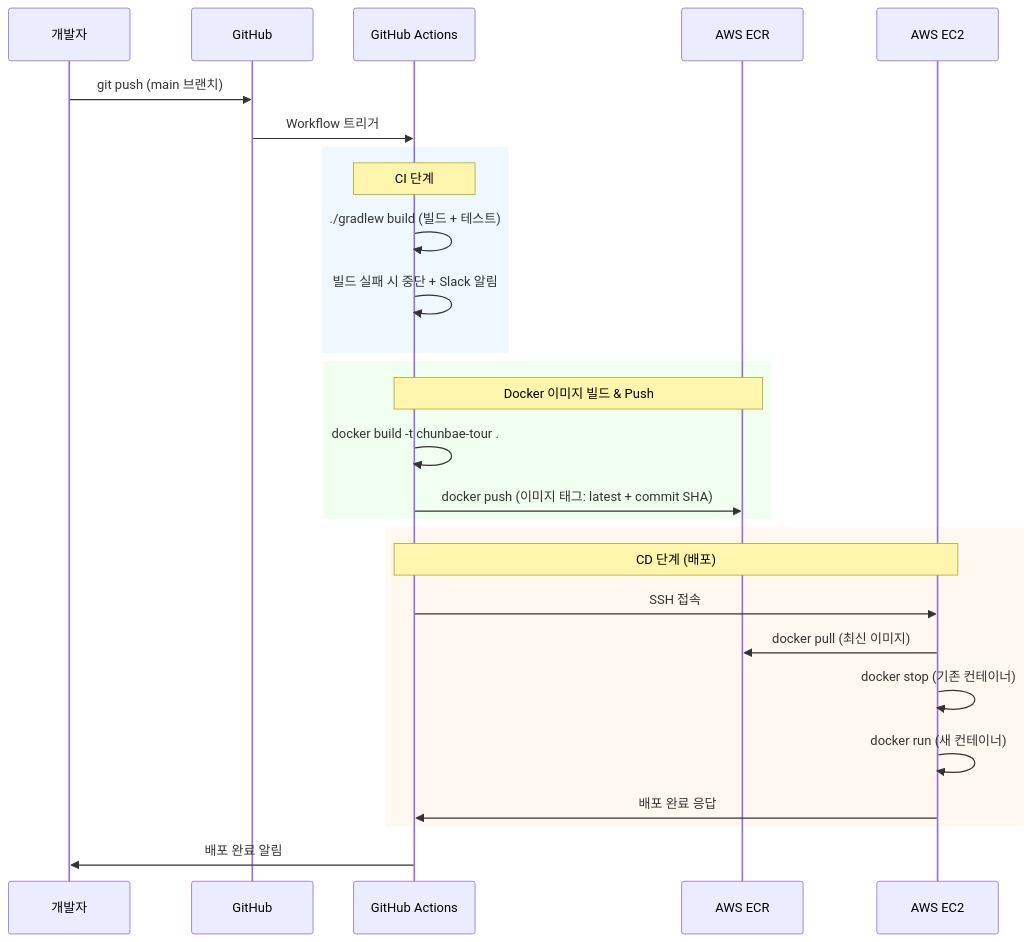
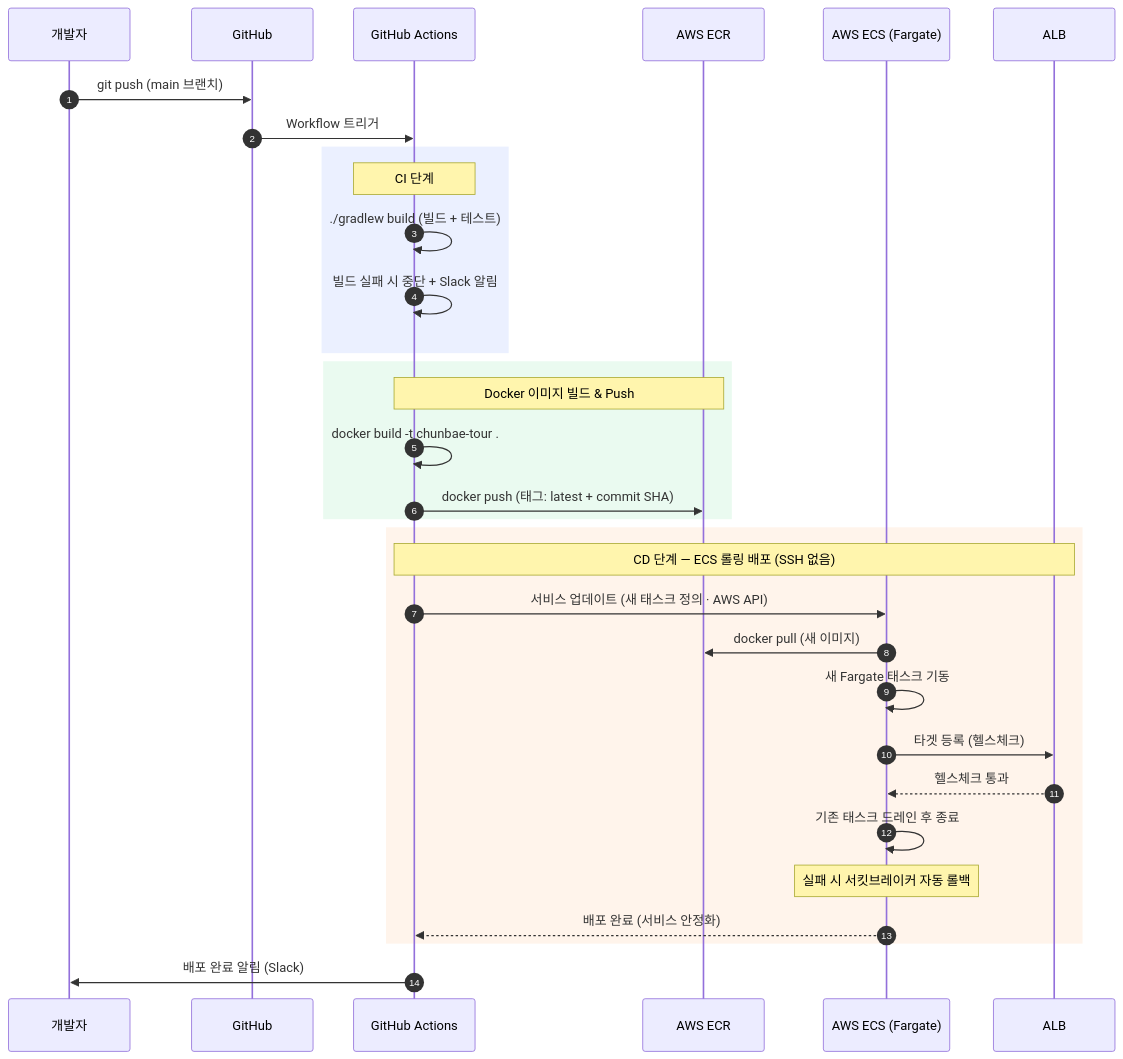
The third of 6 diagrams in v2/07_인프라_아키텍처_다이어그램.md (chunbae-tour/docs), drawn with Mermaid before and after one commit. The commit also changed other lines of this file, not shown here.

````diff
--- a/v2/07_인프라_아키텍처_다이어그램.md
+++ b/v2/07_인프라_아키텍처_다이어그램.md
@@ -157,34 +121,39 @@
 ```mermaid
 sequenceDiagram
-    participant DEV as 개발자
+    autonumber
+    participant Dev as 개발자
     participant GH as GitHub
     participant GA as GitHub Actions
     participant ECR as AWS ECR
-    participant EC2 as AWS EC2
+    participant ECS as AWS ECS (Fargate)
+    participant ALB as ALB
 
-    DEV->>GH: git push (main 브랜치)
+    Dev->>GH: git push (main 브랜치)
     GH->>GA: Workflow 트리거
 
-    rect rgb(240, 248, 255)
-        Note over GA: CI 단계
-        GA->>GA: ./gradlew build (빌드 + 테스트)
-        GA->>GA: 빌드 실패 시 중단 + Slack 알림
+    rect rgb(235, 240, 255)
+    Note over GA: CI 단계
+    GA->>GA: ./gradlew build (빌드 + 테스트)
+    GA->>GA: 빌드 실패 시 중단 + Slack 알림
     end
 
-    rect rgb(240, 255, 240)
-        Note over GA,ECR: Docker 이미지 빌드 & Push
-        GA->>GA: docker build -t chunbae-tour .
-        GA->>ECR: docker push (이미지 태그: latest + commit SHA)
+    rect rgb(234, 250, 240)
+    Note over GA,ECR: Docker 이미지 빌드 & Push
+    GA->>GA: docker build -t chunbae-tour .
+    GA->>ECR: docker push (태그: latest + commit SHA)
     end
 
-    rect rgb(255, 248, 240)
-        Note over GA,EC2: CD 단계 (배포)
-        GA->>EC2: SSH 접속
-        EC2->>ECR: docker pull (최신 이미지)
-        EC2->>EC2: docker stop (기존 컨테이너)
-        EC2->>EC2: docker run (새 컨테이너)
-        EC2->>GA: 배포 완료 응답
+    rect rgb(255, 244, 235)
+    Note over GA,ALB: CD 단계 — ECS 롤링 배포 (SSH 없음)
+    GA->>ECS: 서비스 업데이트 (새 태스크 정의 · AWS API)
+    ECS->>ECR: docker pull (새 이미지)
+    ECS->>ECS: 새 Fargate 태스크 기동
+    ECS->>ALB: 타겟 등록 (헬스체크)
+    ALB-->>ECS: 헬스체크 통과
+    ECS->>ECS: 기존 태스크 드레인 후 종료
+    Note over ECS: 실패 시 서킷브레이커 자동 롤백
+    ECS-->>GA: 배포 완료 (서비스 안정화)
     end
 
-    GA->>DEV: 배포 완료 알림
+    GA->>Dev: 배포 완료 알림 (Slack)
 ```
````
